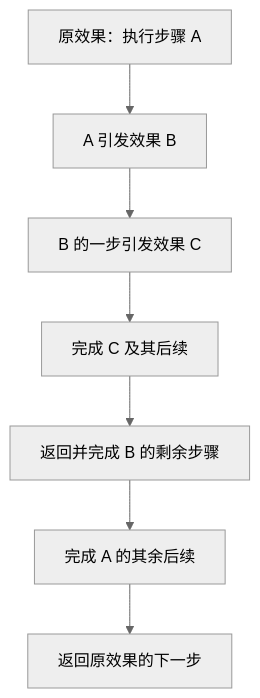
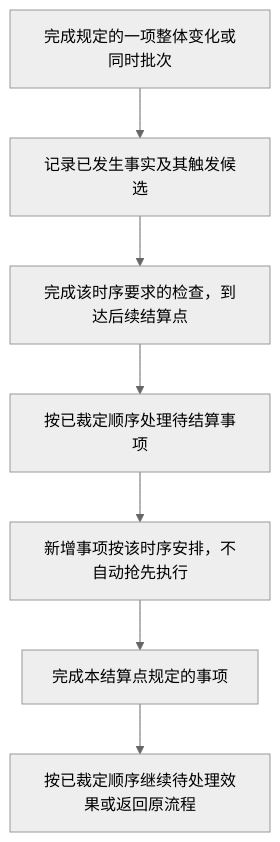
The second of 2 diagrams in docs/rules/common/effects.md (Time-Block-Hero/tbh-website), drawn with Mermaid (neutral theme) before and after one commit. The commit also changed other lines of this file and 24 other files, not shown here.

````diff
--- a/docs/rules/common/effects.md
+++ b/docs/rules/common/effects.md
@@ -95,9 +111,9 @@
 ```mermaid
 flowchart TD
-  a["原效果：执行步骤 A"] --> b["A 引发效果 B"]
-  b --> c["B 的一步引发效果 C"]
-  c --> cDone["完成 C 及其后续"]
-  cDone --> bDone["返回并完成 B 的剩余步骤"]
-  bDone --> aDone["完成 A 的其余后续"]
-  aDone --> next["返回原效果的下一步"]
+  change["完成规定的一项整体变化或同时批次"] --> record["记录已发生事实及其触发候选"]
+  record --> checkpoint["完成该时序要求的检查，到达后续结算点"]
+  checkpoint --> pending["按已裁定顺序处理待结算事项"]
+  pending --> schedule["新增事项按该时序安排，不自动抢先执行"]
+  schedule --> complete["完成本结算点规定的事项"]
+  complete --> resume["按已裁定顺序继续待处理效果或返回原流程"]
 ```
````
